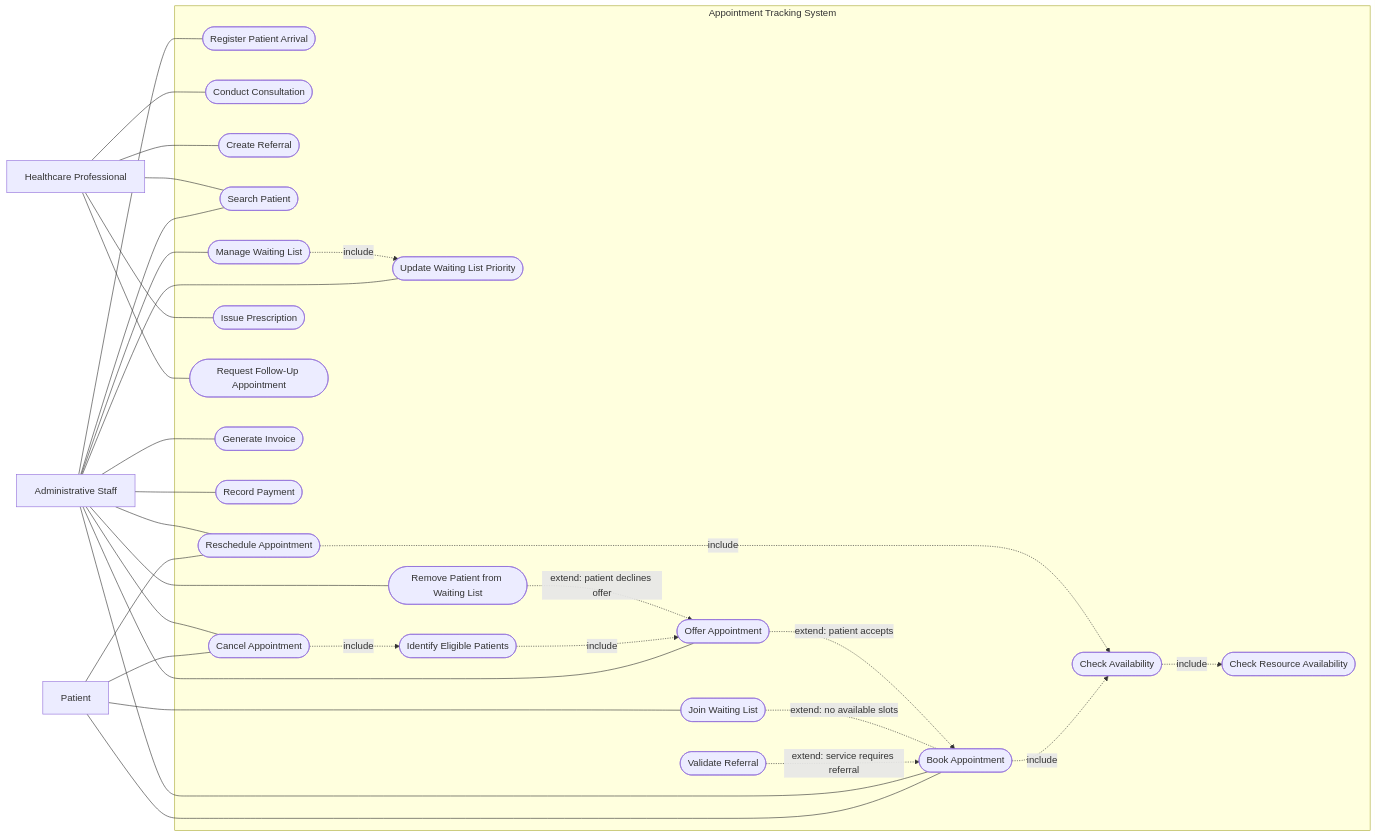
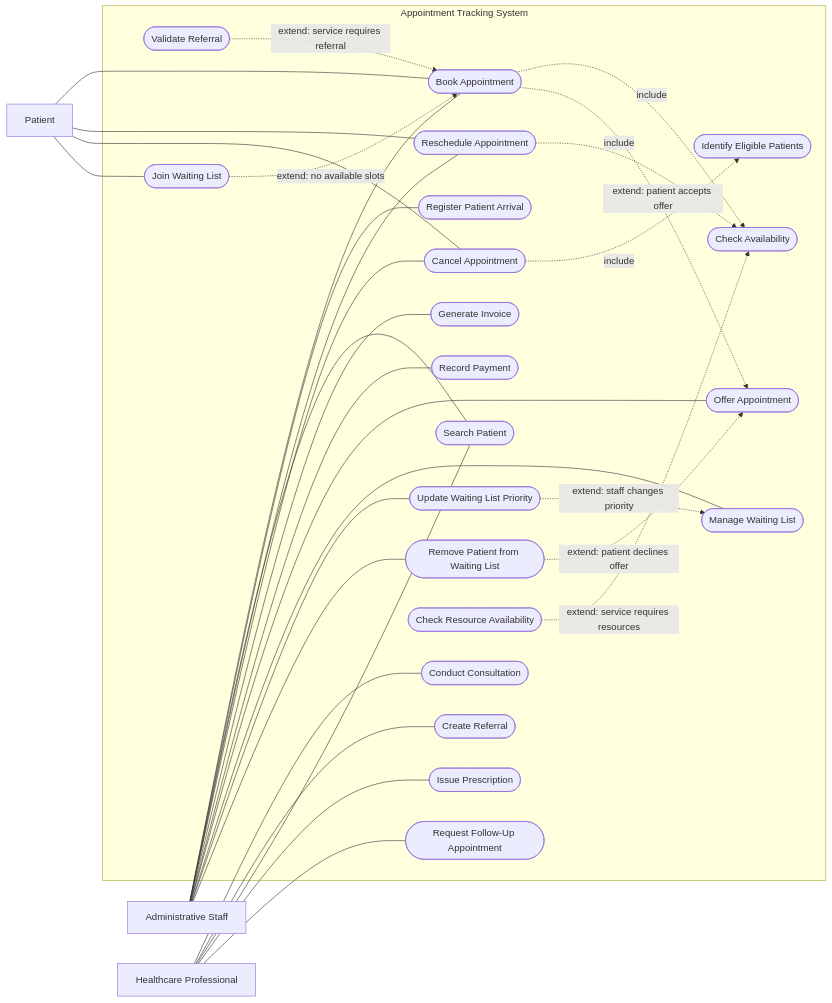
One commit to paul-sans-l/SOEN342_F26_PROJECT changed the diagram in docs/Use_Case_Model/Use_Case_Model.md. Above: the diagram before and after it, drawn with Mermaid. The commit also changed other lines of this file and 1 other file, not shown here.

````diff
--- a/docs/Use_Case_Model/Use_Case_Model.md
+++ b/docs/Use_Case_Model/Use_Case_Model.md
@@ -161,71 +162,70 @@
 ```mermaid
 flowchart LR
 
     Patient["Patient"]
     Staff["Administrative Staff"]
     HCP["Healthcare Professional"]
 
     subgraph ATS["Appointment Tracking System"]
         Book(["Book Appointment"])
         Arrival(["Register Patient Arrival"])
         Consult(["Conduct Consultation"])
         Referral(["Create Referral"])
 
         Search(["Search Patient"])
         Reschedule(["Reschedule Appointment"])
         Cancel(["Cancel Appointment"])
         Prescription(["Issue Prescription"])
         FollowUp(["Request Follow-Up Appointment"])
         Invoice(["Generate Invoice"])
         Payment(["Record Payment"])
 
         Availability(["Check Availability"])
         Validate(["Validate Referral"])
         Resources(["Check Resource Availability"])
 
         JoinWait(["Join Waiting List"])
         Offer(["Offer Appointment"])
         ManageWait(["Manage Waiting List"])
         Priority(["Update Waiting List Priority"])
         Identify(["Identify Eligible Patients"])
         Remove(["Remove Patient from Waiting List"])
     end
 
     Patient --- Book
     Patient --- Reschedule
     Patient --- Cancel
     Patient --- JoinWait
 
     Staff --- Book
     Staff --- Arrival
     Staff --- Search
     Staff --- Reschedule
     Staff --- Cancel
     Staff --- Invoice
     Staff --- Payment
     Staff --- Offer
     Staff --- ManageWait
     Staff --- Priority
     Staff --- Remove
 
     HCP --- Consult
     HCP --- Referral
     HCP --- Search
     HCP --- Prescription
     HCP --- FollowUp
 
     Book -.->|include| Availability
     Reschedule -.->|include| Availability
-    Availability -.->|include| Resources
+    Resources -.->|extend: service requires resources| Availability
 
     Validate -.->|extend: service requires referral| Book
 
-    JoinWait -.-|extend: no available slots| Book
+    JoinWait -.->|extend: no available slots| Book
 
     Cancel -.->|include| Identify
-    Identify -.->|include| Offer
-    Offer -.->|extend: patient accepts| Book
+    Book -.->|extend: patient accepts offer| Offer
     Remove -.->|extend: patient declines offer| Offer
 
-    ManageWait -.->|include| Priority
+    Priority -.->|extend: staff changes priority| ManageWait
 ```
````
